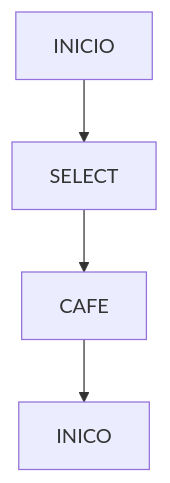
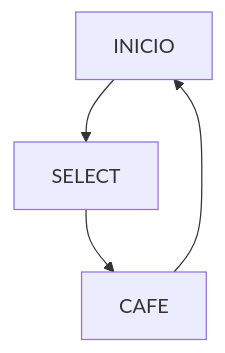
One commit to facumruiz/Plantilla_DigitalesPIC18 changed the diagram in README.md. Above: the diagram before and after it, drawn with Mermaid.

````diff
--- a/README.md
+++ b/README.md
@@ -57,10 +57,10 @@
 ```mermaid
 graph TD;
     INICIO-->SELECT
 
     SELECT-->CAFE;
-    CAFE-->INICO;
+    CAFE-->INICIO;
 
   
     
 ```
````
